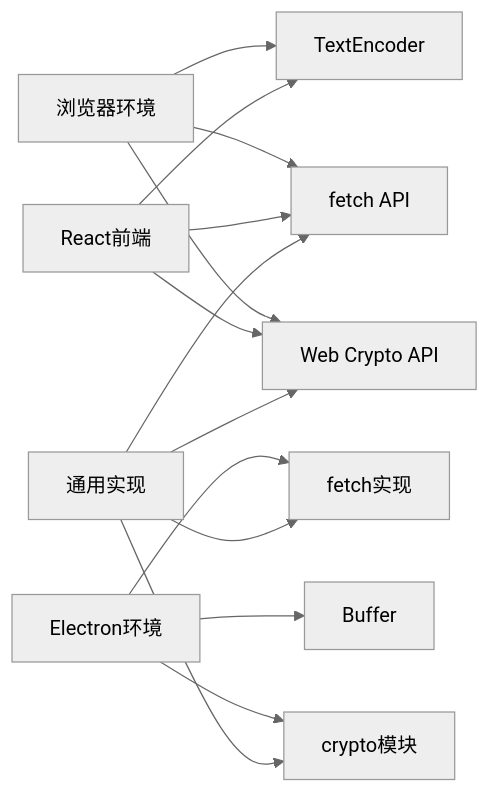
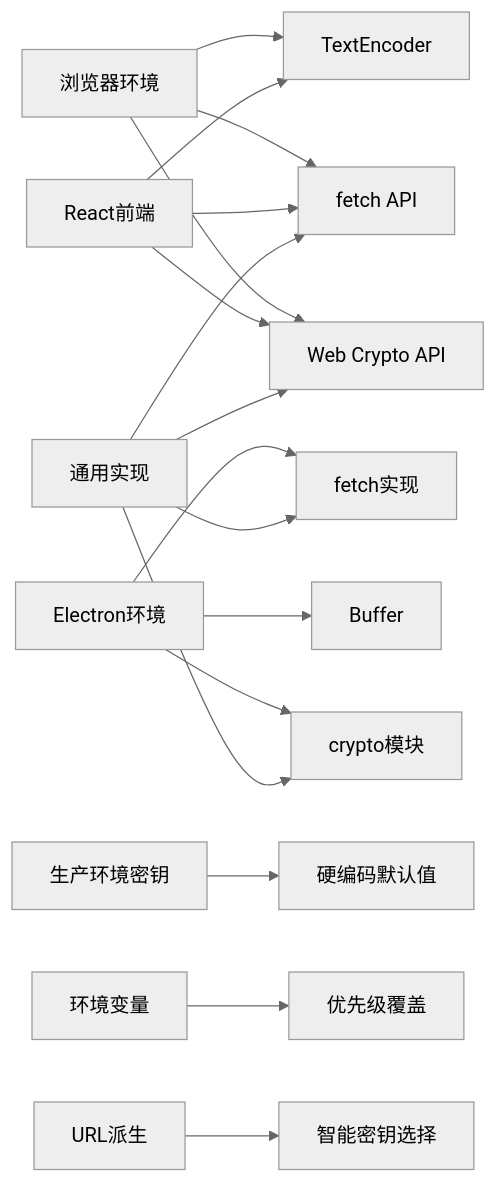
Diagram 12 of 14 in .qoder/repowiki/zh/content/核心概念/邀请码API客户端.md (verse-ai-org/openclaw), drawn with Mermaid (neutral theme) before and after one commit. The commit also changed other lines of this file and 50 other files, not shown here.

````diff
--- a/.qoder/repowiki/zh/content/核心概念/邀请码API客户端.md
+++ b/.qoder/repowiki/zh/content/核心概念/邀请码API客户端.md
@@ -471,16 +552,19 @@
 ```mermaid
 graph LR
 A[浏览器环境] --> B[Web Crypto API]
 A --> C[fetch API]
 A --> D[TextEncoder]
 E[Electron环境] --> F[crypto模块]
 E --> G[fetch实现]
 E --> H[Buffer]
 I[React前端] --> B
 I --> C
 I --> D
 J[通用实现] --> B
 J --> F
 J --> C
 J --> G
+K[生产环境密钥] --> L[硬编码默认值]
+M[环境变量] --> N[优先级覆盖]
+O[URL派生] --> P[智能密钥选择]
 ```
````
